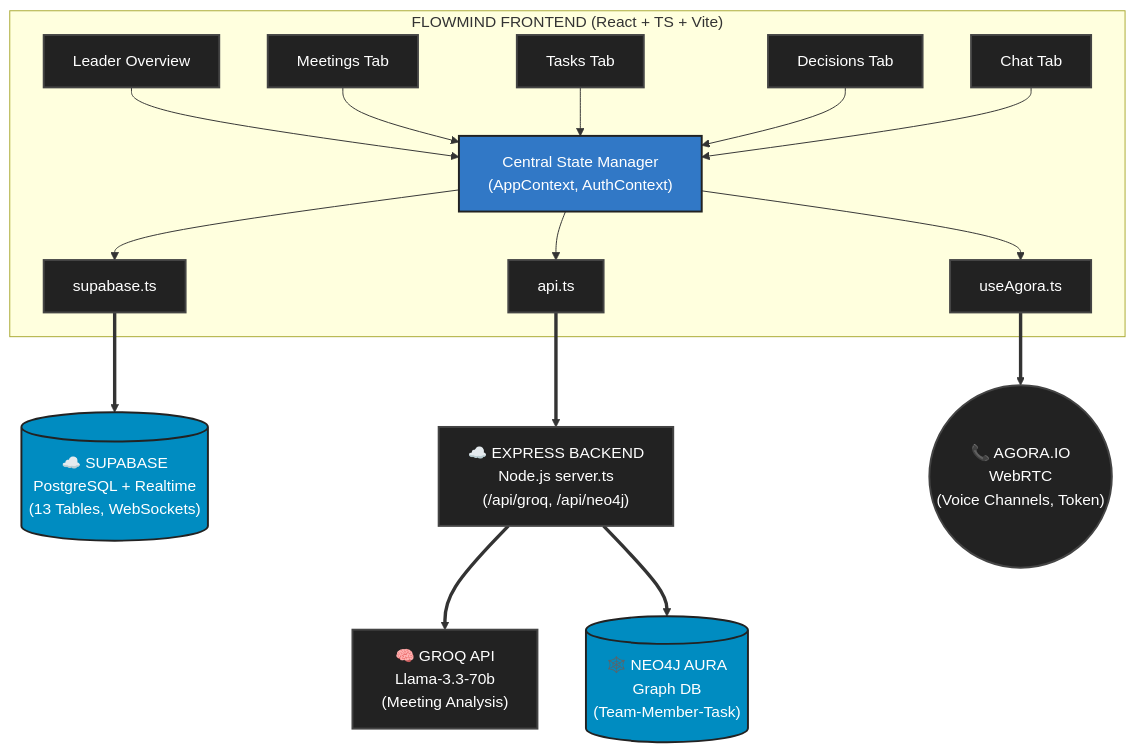
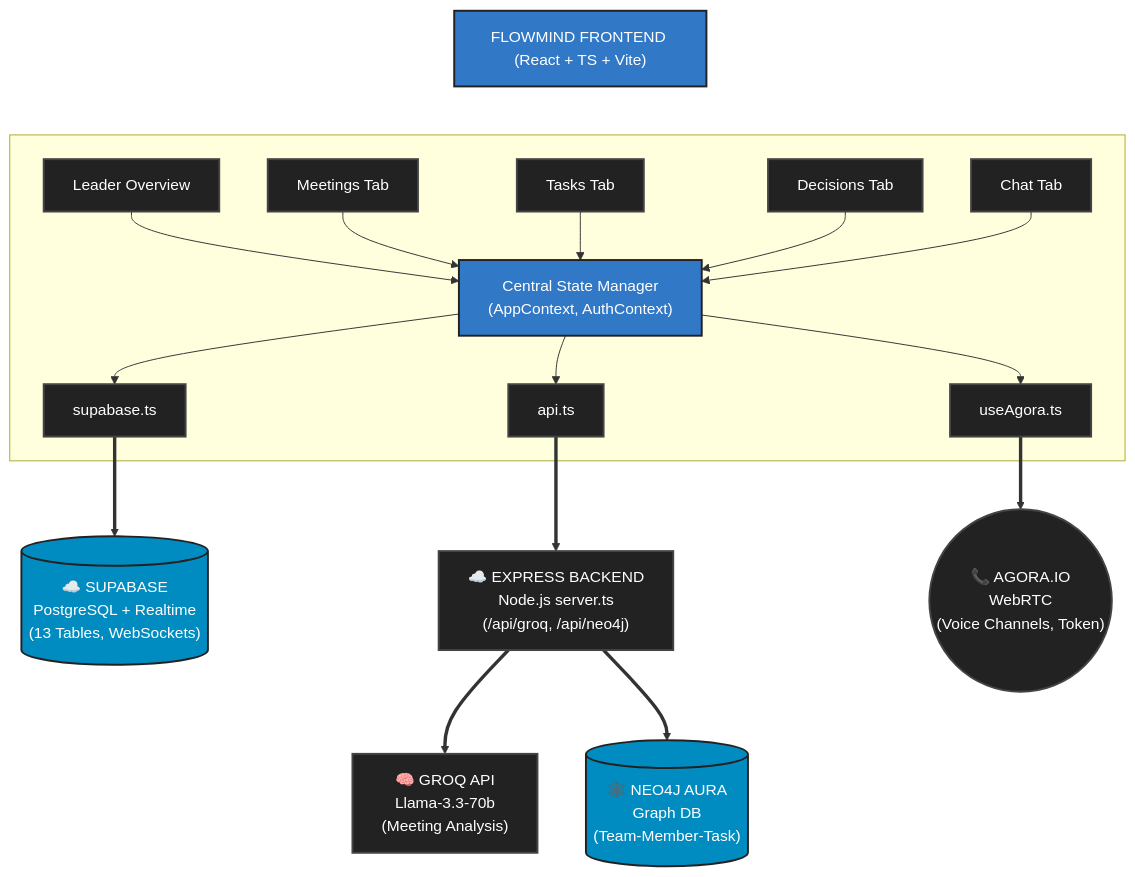
Before and after one commit to piyushyenorkar/FlowMind: the diagram in README.md, drawn with Mermaid.

Commit message:
move frontend title to separate box

````diff
--- a/README.md
+++ b/README.md
@@ -52,38 +52,42 @@
 ```mermaid
 flowchart TD
     %% Dark Theme Colors
     classDef box fill:#222,stroke:#444,stroke-width:2px,color:#fff;
     classDef accent fill:#3178C6,stroke:#222,stroke-width:2px,color:#fff;
     classDef db fill:#008CC1,stroke:#222,stroke-width:2px,color:#fff;
     
-    subgraph Frontend ["FLOWMIND FRONTEND (React + TS + Vite)"]
+    Title["FLOWMIND FRONTEND (React + TS + Vite)"]:::accent
+
+    subgraph Frontend [" "]
         L["Leader Overview"]:::box
         M["Meetings Tab"]:::box
         T["Tasks Tab"]:::box
         D["Decisions Tab"]:::box
         C["Chat Tab"]:::box
         
         State["Central State Manager\n(AppContext, AuthContext)"]:::accent
         
         S_cli["supabase.ts"]:::box
         A_cli["api.ts"]:::box
         U_cli["useAgora.ts"]:::box
         
         L & M & T & D & C --> State
         State --> S_cli & A_cli & U_cli
     end
+    
+    Title ~~~ T
 
     Supa[("☁️ SUPABASE\nPostgreSQL + Realtime\n(13 Tables, WebSockets)")]:::db
     Exp["☁️ EXPRESS BACKEND\nNode.js server.ts\n(/api/groq, /api/neo4j)"]:::box
     Agora(("📞 AGORA.IO\nWebRTC\n(Voice Channels, Token)")):::box
 
     S_cli ==> Supa
     A_cli ==> Exp
     U_cli ==> Agora
 
     Groq["🧠 GROQ API\nLlama-3.3-70b\n(Meeting Analysis)"]:::box
     Neo4j[("🕸️ NEO4J AURA\nGraph DB\n(Team-Member-Task)")]:::db
 
     Exp ==> Groq
     Exp ==> Neo4j
 ```
````
